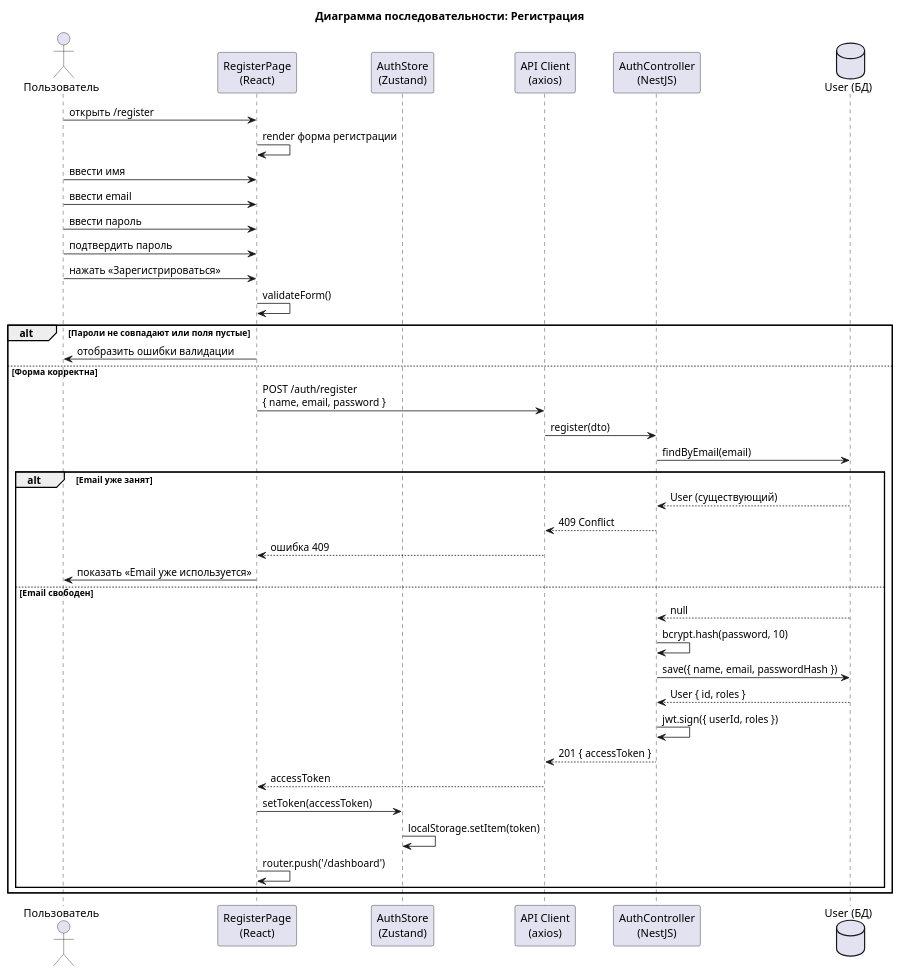
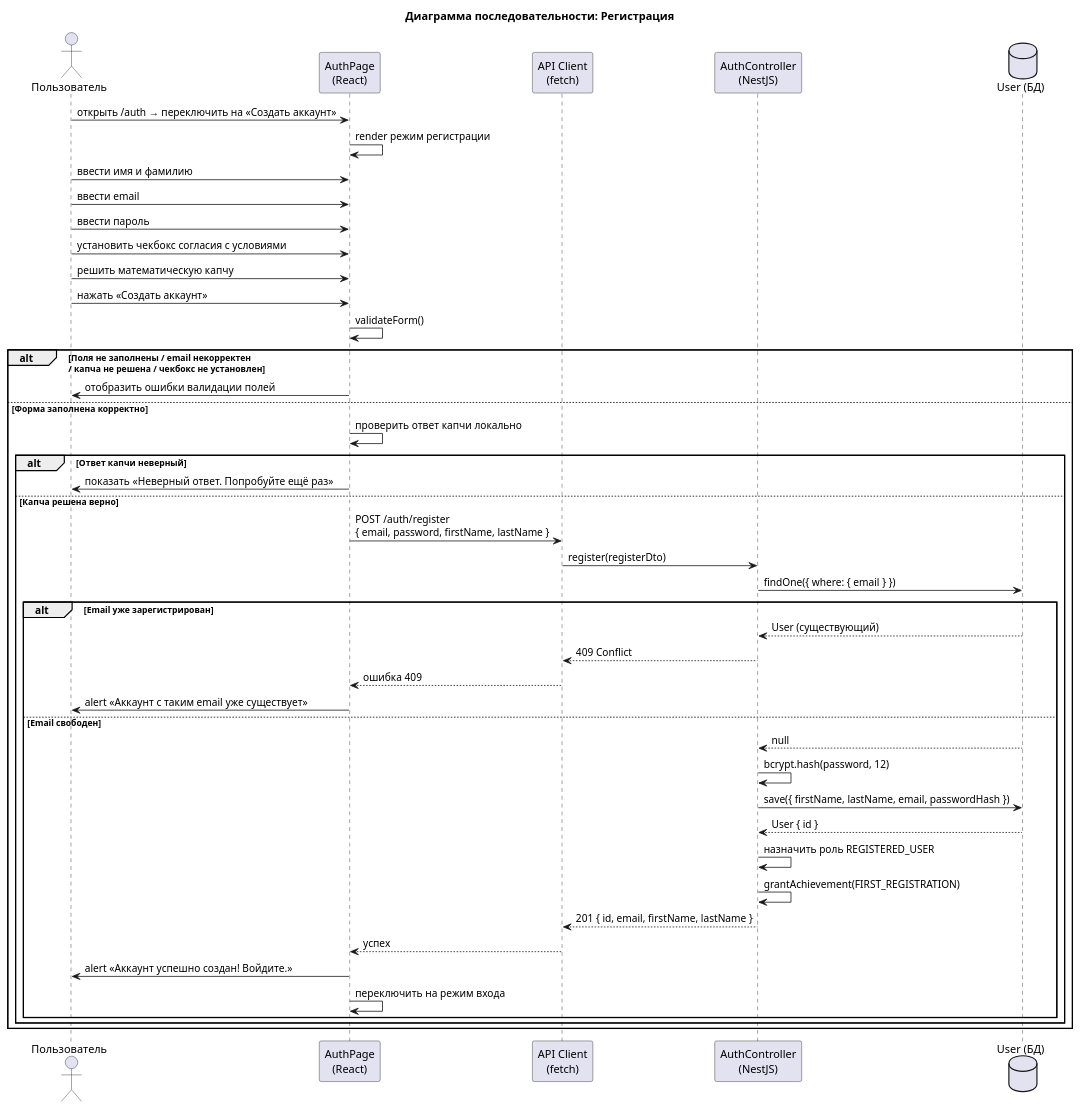
The diagram in пояснительная записка/diagrams/seq_03_registration.puml (DoniZefironi/ASOI-Diploma), drawn with PlantUML before and after one commit. The commit also changed 13 other files, not shown here.

```diff
--- a/пояснительная записка/diagrams/seq_03_registration.puml
+++ b/пояснительная записка/diagrams/seq_03_registration.puml
@@ -1,47 +1,53 @@
 @startuml
 title Диаграмма последовательности: Регистрация
 
 actor Пользователь as User
-participant "RegisterPage\n(React)" as RP
-participant "AuthStore\n(Zustand)" as AS
-participant "API Client\n(axios)" as API
+participant "AuthPage\n(React)" as AP
+participant "API Client\n(fetch)" as API
 participant "AuthController\n(NestJS)" as AC
 database "User (БД)" as DB
 
-User -> RP: открыть /register
-RP -> RP: render форма регистрации
+User -> AP: открыть /auth → переключить на «Создать аккаунт»
+AP -> AP: render режим регистрации
 
-User -> RP: ввести имя
-User -> RP: ввести email
-User -> RP: ввести пароль
-User -> RP: подтвердить пароль
-User -> RP: нажать «Зарегистрироваться»
-RP -> RP: validateForm()
+User -> AP: ввести имя и фамилию
+User -> AP: ввести email
+User -> AP: ввести пароль
+User -> AP: установить чекбокс согласия с условиями
+User -> AP: решить математическую капчу
+User -> AP: нажать «Создать аккаунт»
+AP -> AP: validateForm()
 
-alt Пароли не совпадают или поля пустые
-  RP -> User: отобразить ошибки валидации
-else Форма корректна
-  RP -> API: POST /auth/register\n{ name, email, password }
-  API -> AC: register(dto)
-  AC -> DB: findByEmail(email)
+alt Поля не заполнены / email некорректен\n/ капча не решена / чекбокс не установлен
+  AP -> User: отобразить ошибки валидации полей
+else Форма заполнена корректно
+  AP -> AP: проверить ответ капчи локально
 
-  alt Email уже занят
-    DB --> AC: User (существующий)
-    AC --> API: 409 Conflict
-    API --> RP: ошибка 409
-    RP -> User: показать «Email уже используется»
-  else Email свободен
-    DB --> AC: null
-    AC -> AC: bcrypt.hash(password, 10)
-    AC -> DB: save({ name, email, passwordHash })
-    DB --> AC: User { id, roles }
-    AC -> AC: jwt.sign({ userId, roles })
-    AC --> API: 201 { accessToken }
-    API --> RP: accessToken
-    RP -> AS: setToken(accessToken)
-    AS -> AS: localStorage.setItem(token)
-    RP -> RP: router.push('/dashboard')
+  alt Ответ капчи неверный
+    AP -> User: показать «Неверный ответ. Попробуйте ещё раз»
+  else Капча решена верно
+    AP -> API: POST /auth/register\n{ email, password, firstName, lastName }
+    API -> AC: register(registerDto)
+    AC -> DB: findOne({ where: { email } })
+
+    alt Email уже зарегистрирован
+      DB --> AC: User (существующий)
+      AC --> API: 409 Conflict
+      API --> AP: ошибка 409
+      AP -> User: alert «Аккаунт с таким email уже существует»
+    else Email свободен
+      DB --> AC: null
+      AC -> AC: bcrypt.hash(password, 12)
+      AC -> DB: save({ firstName, lastName, email, passwordHash })
+      DB --> AC: User { id }
+      AC -> AC: назначить роль REGISTERED_USER
+      AC -> AC: grantAchievement(FIRST_REGISTRATION)
+      AC --> API: 201 { id, email, firstName, lastName }
+      API --> AP: успех
+      AP -> User: alert «Аккаунт успешно создан! Войдите.»
+      AP -> AP: переключить на режим входа
+    end
   end
 end
 
 @enduml
```
